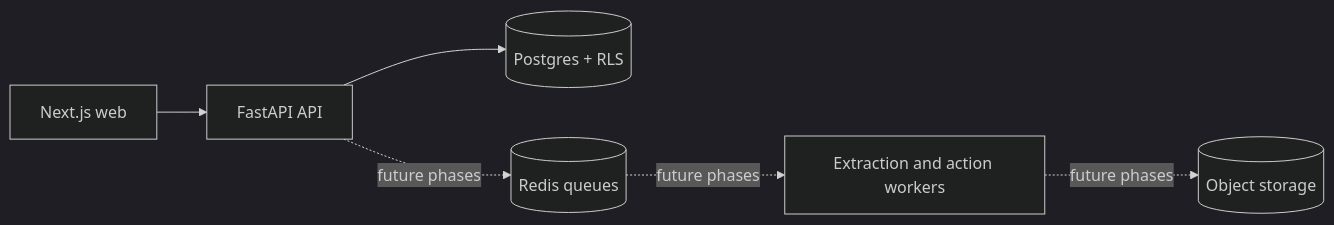
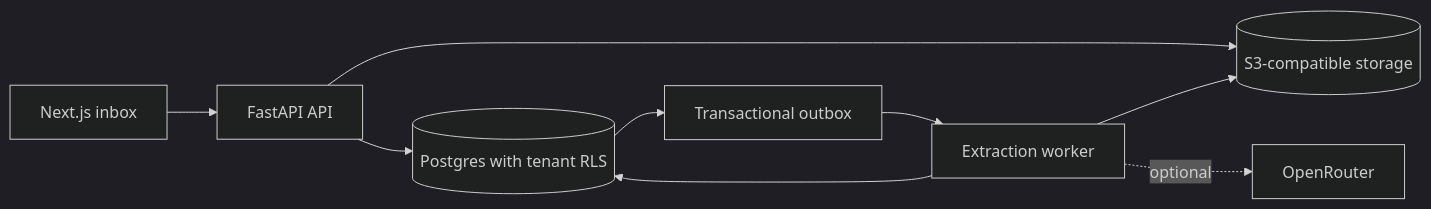
The diagram in README.md (Abhinavsuri90/opspilot), drawn with Mermaid (dark theme) before and after one commit. The commit also changed other lines of this file and 12 other files, not shown here.

````diff
--- a/README.md
+++ b/README.md
@@ -18,8 +18,11 @@
 ```mermaid
 flowchart LR
-  W[Next.js web] --> A[FastAPI API]
-  A --> P[(Postgres + RLS)]
-  A -. future phases .-> Q[(Redis queues)]
-  Q -. future phases .-> X[Extraction and action workers]
-  X -. future phases .-> S[(Object storage)]
+  W[Next.js inbox] --> A[FastAPI API]
+  A --> S[(S3-compatible storage)]
+  A --> P[(Postgres with tenant RLS)]
+  P --> O[Transactional outbox]
+  O --> X[Extraction worker]
+  X --> S
+  X --> P
+  X -. optional .-> R[OpenRouter]
 ```
````
